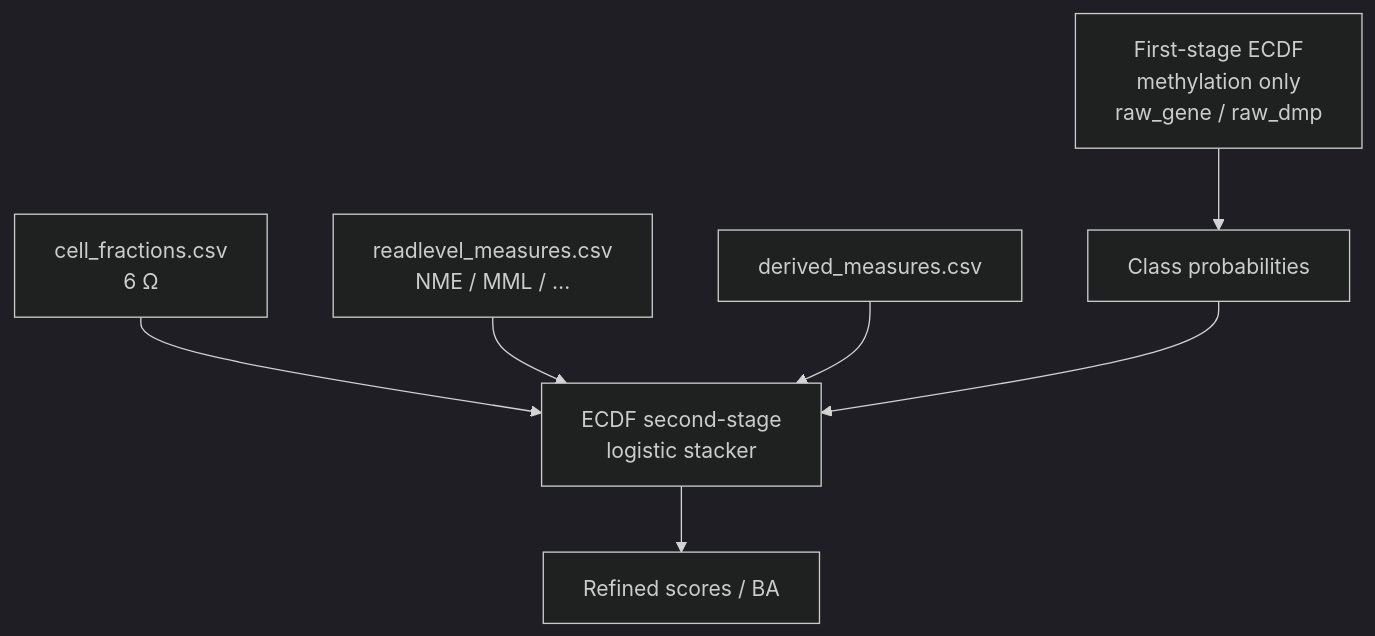
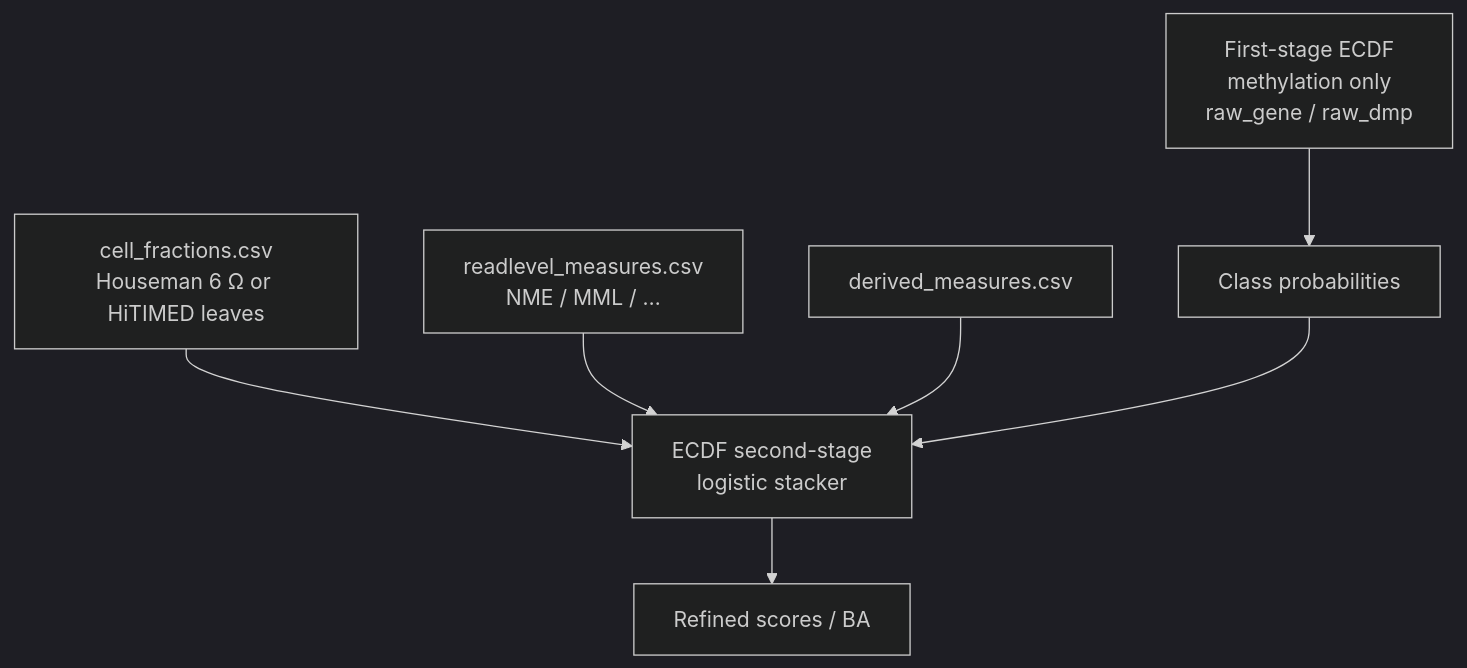
Diagram 14 of 18 in docs/architecture/end-to-end-workflow.md (Goliath-Research/GoliathWorkflow), drawn with Mermaid (dark theme) before and after one commit. The commit also changed other lines of this file and 9 other files, not shown here.

````diff
--- a/docs/architecture/end-to-end-workflow.md
+++ b/docs/architecture/end-to-end-workflow.md
@@ -302,9 +318,9 @@
 ```mermaid
 flowchart TB
   ECDF1["First-stage ECDF<br/>methylation only<br/>raw_gene / raw_dmp"] --> PROBS["Class probabilities"]
-  OMEGA["cell_fractions.csv<br/>6 Ω"] --> STACK["ECDF second-stage<br/>logistic stacker"]
+  OMEGA["cell_fractions.csv<br/>Houseman 6 Ω or HiTIMED leaves"] --> STACK["ECDF second-stage<br/>logistic stacker"]
   RL["readlevel_measures.csv<br/>NME / MML / …"] --> STACK
   DM2["derived_measures.csv"] --> STACK
   PROBS --> STACK
   STACK --> SCORE["Refined scores / BA"]
 ```
````
